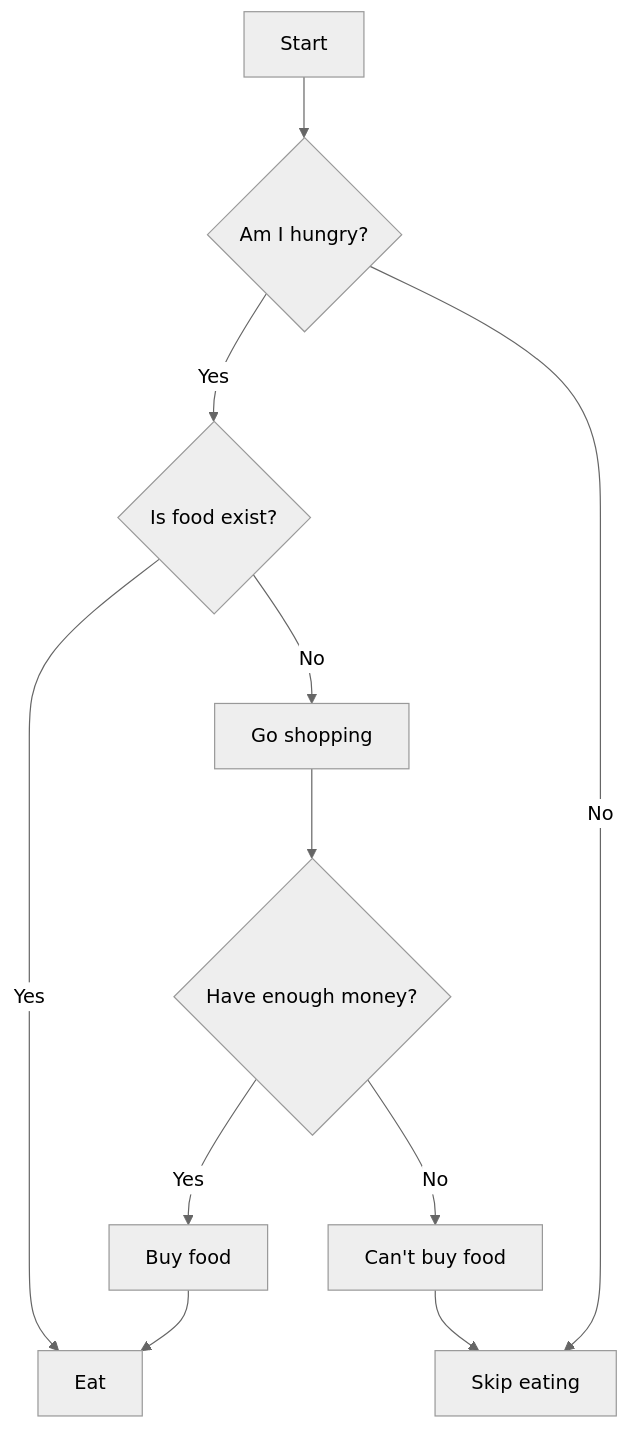
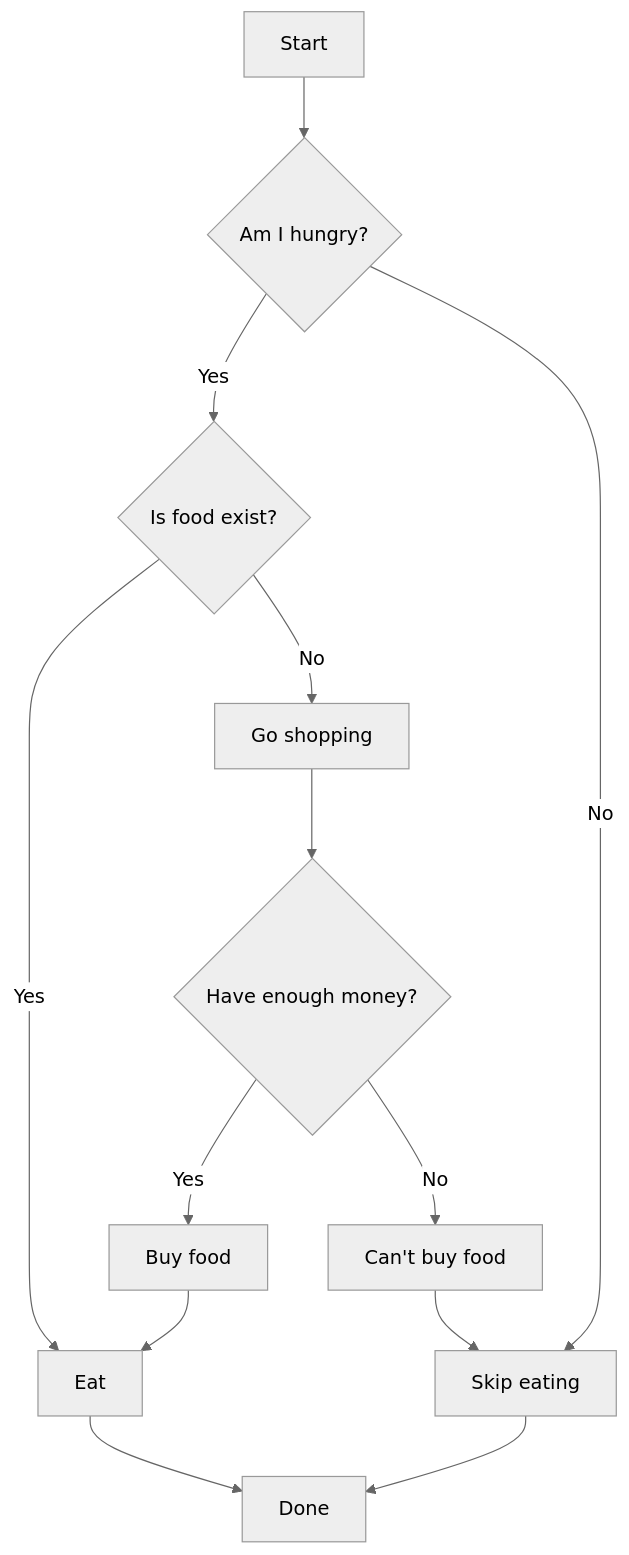
Before and after one commit to rahmanda/ayongulik: the diagram in courses/level-0/algoritma-menggunakan-python/3-conditionals.md, drawn with Mermaid (neutral theme). The commit also changed other lines of this file, not shown here.

Commit message:
docs(conditionals): fix flowchart preview on github

````diff
--- a/courses/level-0/algoritma-menggunakan-python/3-conditionals.md
+++ b/courses/level-0/algoritma-menggunakan-python/3-conditionals.md
@@ -5,13 +5,15 @@
 ```mermaid
 flowchart TD
     A[Start] --> B{Am I hungry?}
     B -- Yes --> C{Is food exist?}
     C -- Yes --> D[Eat]
     B -- No --> E[Skip eating]
     C -- No --> F[Go shopping]
     F --> G{Have enough money?}
     G -- Yes --> H[Buy food]
     H --> D
     G -- No --> I[Can't buy food]
     I --> E
+    E --> J[Done]
+    D --> J
 ```
````
